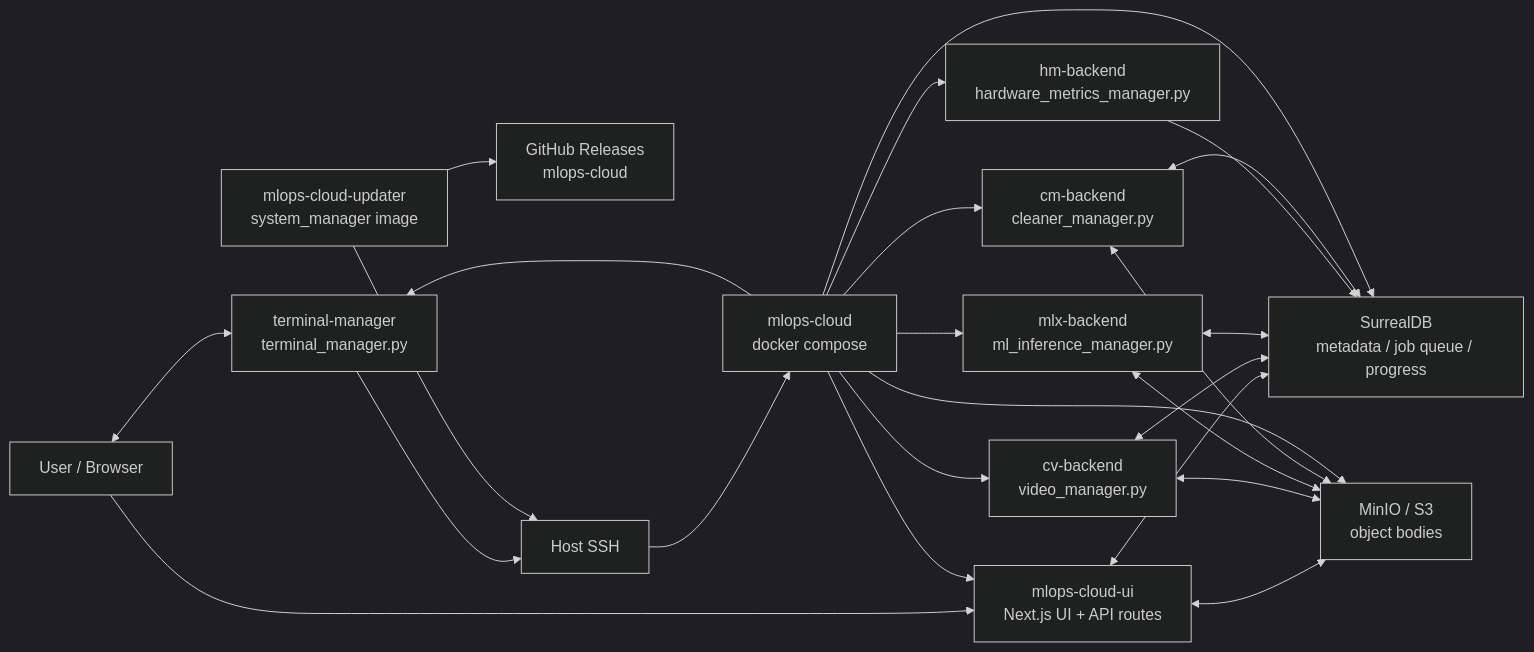
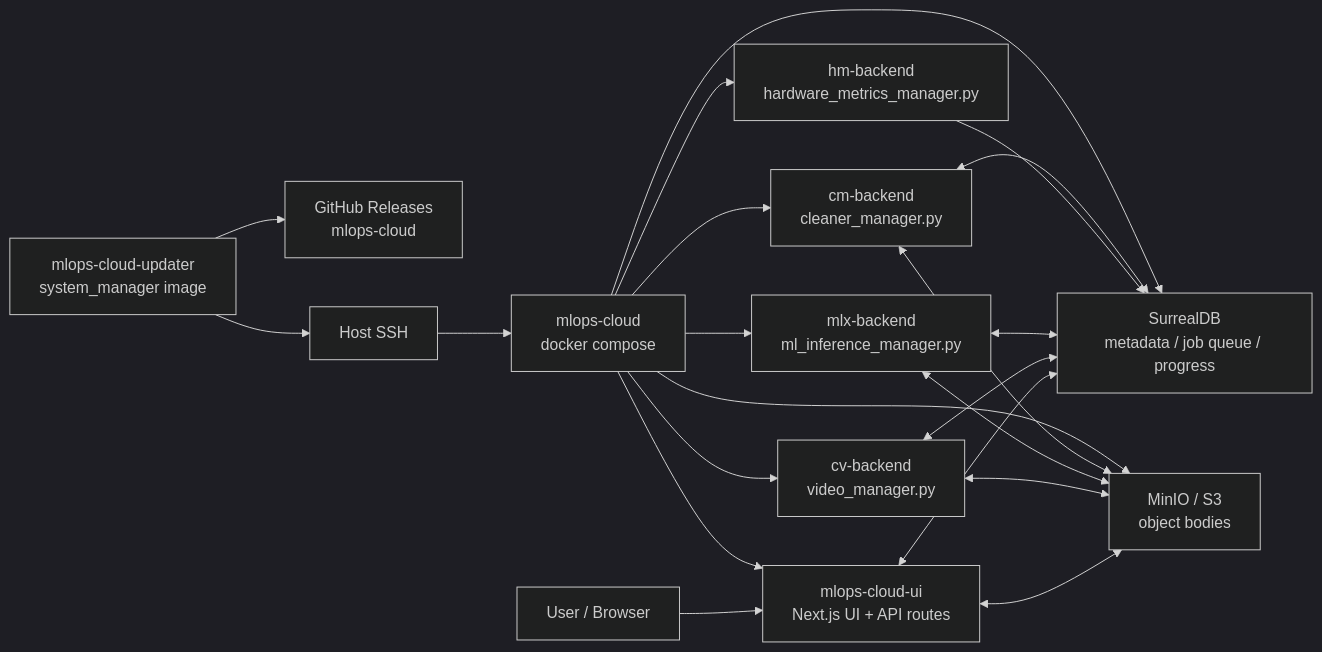
Before and after one commit to takanotaiga/mlops-cloud-dev: the first of 8 diagrams in ARCHITECTURE.md, drawn with Mermaid (dark theme). The commit also changed other lines of this file and 4 other files, not shown here.

````diff
--- a/ARCHITECTURE.md
+++ b/ARCHITECTURE.md
@@ -21,39 +21,36 @@
 ```mermaid
 flowchart LR
   User["User / Browser"]
   UI["mlops-cloud-ui\nNext.js UI + API routes"]
   DB["SurrealDB\nmetadata / job queue / progress"]
   S3["MinIO / S3\nobject bodies"]
   Compose["mlops-cloud\ndocker compose"]
   Video["cv-backend\nvideo_manager.py"]
   Infer["mlx-backend\nml_inference_manager.py"]
   HM["hm-backend\nhardware_metrics_manager.py"]
   Cleaner["cm-backend\ncleaner_manager.py"]
-  Term["terminal-manager\nterminal_manager.py"]
   Updater["mlops-cloud-updater\nsystem_manager image"]
   GitHub["GitHub Releases\nmlops-cloud"]
+  HostSSH["Host SSH"]
 
   User --> UI
   UI <--> DB
   UI <--> S3
   Video <--> DB
   Video <--> S3
   Infer <--> DB
   Infer <--> S3
   HM --> DB
   Cleaner <--> DB
   Cleaner <--> S3
-  User <--> Term
-  Term --> HostSSH["Host SSH"]
   Compose --> UI
   Compose --> DB
   Compose --> S3
   Compose --> Video
   Compose --> Infer
   Compose --> HM
   Compose --> Cleaner
-  Compose --> Term
   Updater --> GitHub
   Updater --> HostSSH
   HostSSH --> Compose
 ```
````
